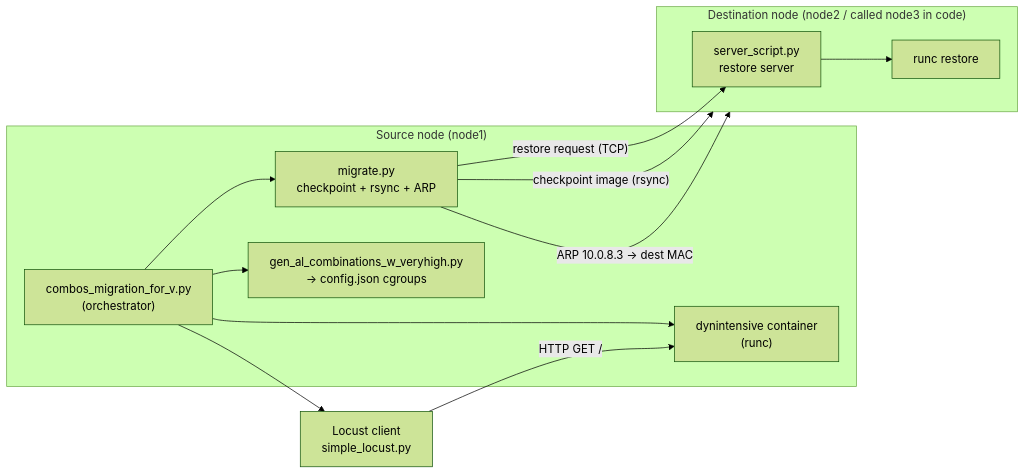
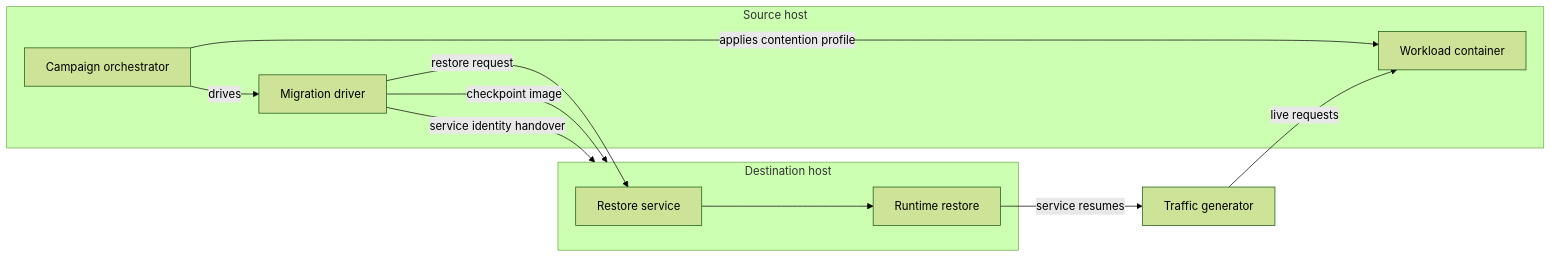
Before and after one commit to wsoussi/ContMTD: the diagram in README.md, drawn with Mermaid (forest theme). The commit also changed other lines of this file, not shown here.

````diff
--- a/README.md
+++ b/README.md
@@ -42,24 +52,22 @@
 ```mermaid
 flowchart LR
-    subgraph SRC["Source node (node1)"]
-        ORCH["combos_migration_for_v.py<br/>(orchestrator)"]
-        CT["dynintensive container<br/>(runc)"]
-        MIG["migrate.py<br/>checkpoint + rsync + ARP"]
-        CFG["gen_al_combinations_w_veryhigh.py<br/>→ config.json cgroups"]
+    subgraph SRC["Source host"]
+        ORCH["Campaign orchestrator"]
+        CT["Workload container"]
+        MIG["Migration driver"]
     end
-    subgraph DST["Destination node (node2 / called node3 in code)"]
-        SRV["server_script.py<br/>restore server"]
-        RCT["runc restore"]
+    subgraph DST["Destination host"]
+        SRV["Restore service"]
+        RCT["Runtime restore"]
     end
-    LC["Locust client<br/>simple_locust.py"]
+    GEN["Traffic generator"]
 
-    ORCH --> CFG
-    ORCH --> CT
-    ORCH --> LC
-    LC -->|"HTTP GET /"| CT
-    ORCH --> MIG
-    MIG -->|"checkpoint image (rsync)"| DST
-    MIG -->|"ARP 10.0.8.3 → dest MAC"| DST
-    MIG -->|"restore request (TCP)"| SRV
+    ORCH -->|"applies contention profile"| CT
+    ORCH -->|"drives"| MIG
+    GEN -->|"live requests"| CT
+    MIG -->|"checkpoint image"| DST
+    MIG -->|"service identity handover"| DST
+    MIG -->|"restore request"| SRV
     SRV --> RCT
+    RCT -->|"service resumes"| GEN
 ```
````
